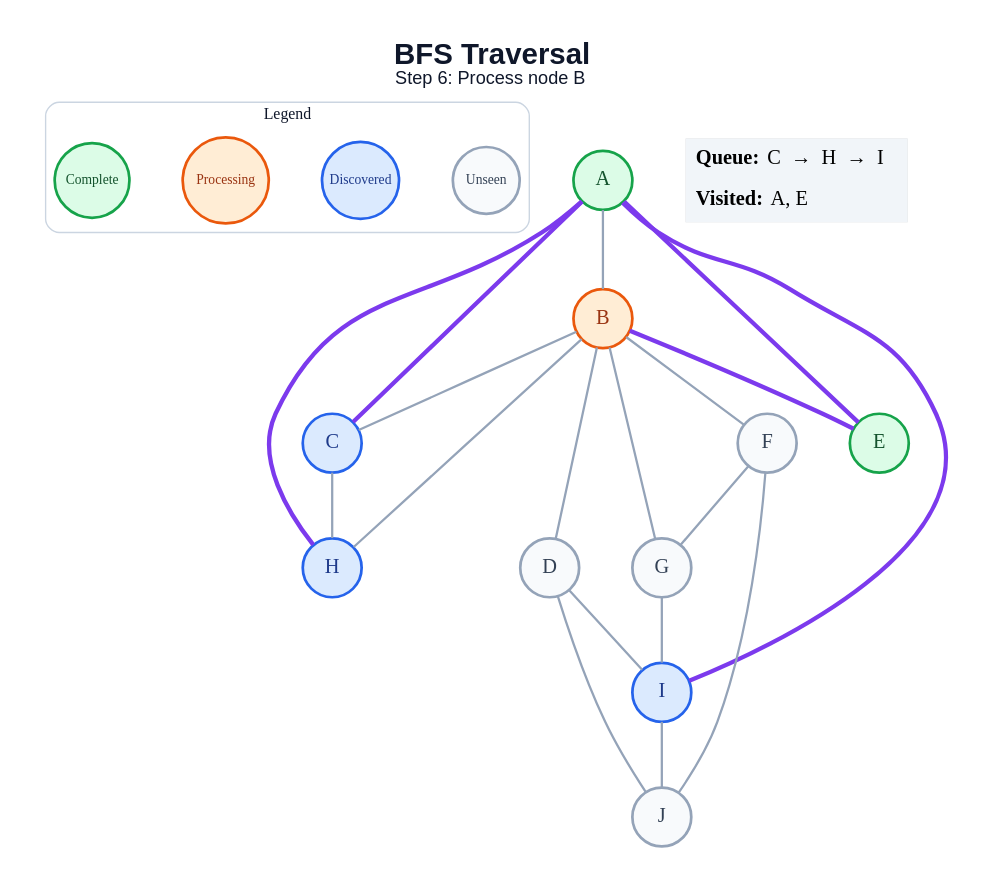
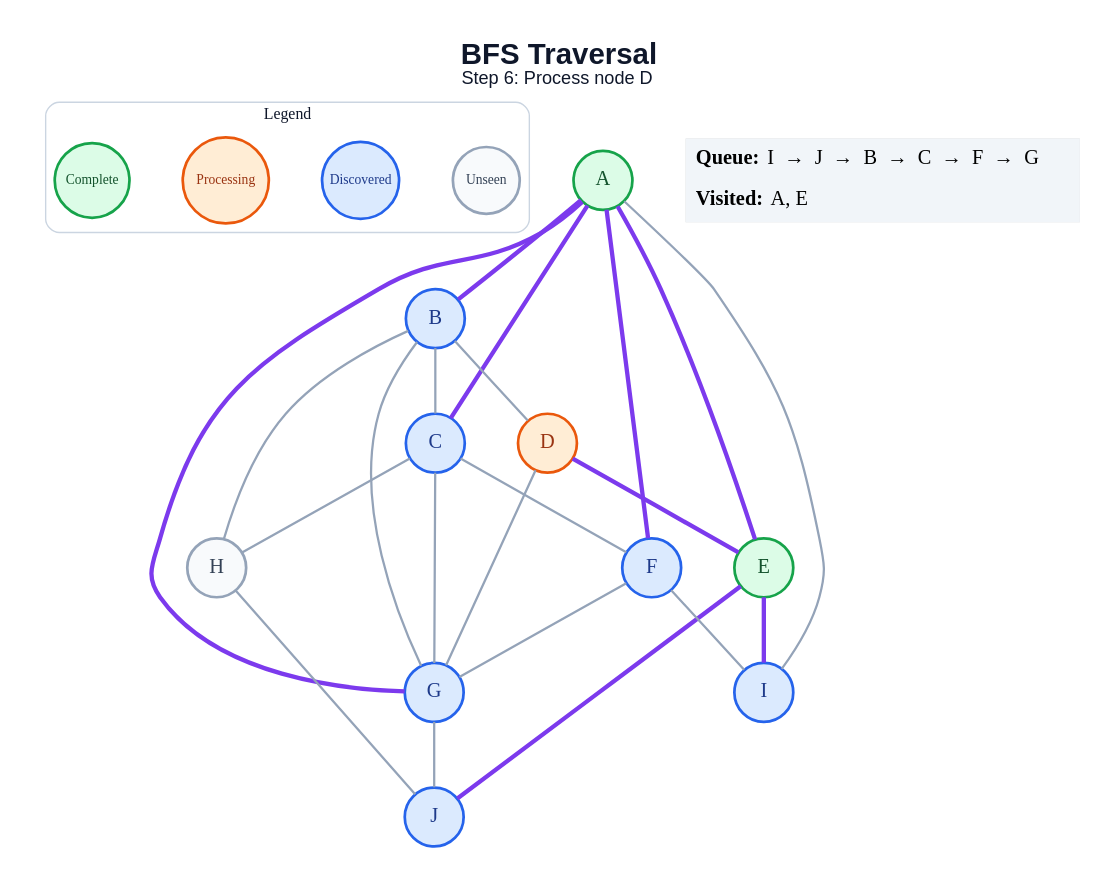
Before and after one commit to amanghodawala9/ai-slop: the diagram in generated/specific-node/bfs/step_06.dot, drawn with Graphviz. The commit also changed 178 other files, not shown here.

```diff
--- a/generated/specific-node/bfs/step_06.dot
+++ b/generated/specific-node/bfs/step_06.dot
@@ -1,47 +1,50 @@
 graph traversal {
   graph [layout=dot, rankdir=TB, bgcolor="#FFFFFF", pad="0.35", nodesep="0.65", ranksep="0.8", fontname="Arial"];
   node [shape=circle, style="filled", fontname="Arial Bold", fontsize=18, width=0.72, fixedsize=true, penwidth=2.4];
   edge [color="#94A3B8", penwidth=2.0];
-  label=<<B>BFS Traversal</B><BR/><FONT POINT-SIZE="16">Step 6: Process node B</FONT>>; labelloc="t"; fontsize=26; fontname="Arial"; fontcolor="#0F172A";
+  label=<<B>BFS Traversal</B><BR/><FONT POINT-SIZE="16">Step 6: Process node D</FONT>>; labelloc="t"; fontsize=26; fontname="Arial"; fontcolor="#0F172A";
   subgraph cluster_legend { label="Legend"; color="#CBD5E1"; penwidth=1.2; style="rounded"; fontsize=14; fontname="Arial Bold";
     key_unseen [label="Unseen", fillcolor="#F8FAFC", color="#94A3B8", fontcolor="#334155", fontsize=12, width=0.82];
     key_frontier [label="Discovered", fillcolor="#DBEAFE", color="#2563EB", fontcolor="#1E3A8A", fontsize=12, width=0.95];
     key_current [label="Processing", fillcolor="#FFEDD5", color="#EA580C", fontcolor="#9A3412", fontsize=12, width=1.05];
     key_done [label="Complete", fillcolor="#DCFCE7", color="#16A34A", fontcolor="#14532D", fontsize=12, width=0.92];
     { rank=same; key_unseen; key_frontier; key_current; key_done; }
   }
   A [fillcolor="#DCFCE7", color="#16A34A", fontcolor="#14532D"];
-  B [fillcolor="#FFEDD5", color="#EA580C", fontcolor="#9A3412"];
+  B [fillcolor="#DBEAFE", color="#2563EB", fontcolor="#1E3A8A"];
   C [fillcolor="#DBEAFE", color="#2563EB", fontcolor="#1E3A8A"];
-  D [fillcolor="#F8FAFC", color="#94A3B8", fontcolor="#334155"];
+  D [fillcolor="#FFEDD5", color="#EA580C", fontcolor="#9A3412"];
   E [fillcolor="#DCFCE7", color="#16A34A", fontcolor="#14532D"];
-  F [fillcolor="#F8FAFC", color="#94A3B8", fontcolor="#334155"];
-  G [fillcolor="#F8FAFC", color="#94A3B8", fontcolor="#334155"];
-  H [fillcolor="#DBEAFE", color="#2563EB", fontcolor="#1E3A8A"];
+  F [fillcolor="#DBEAFE", color="#2563EB", fontcolor="#1E3A8A"];
+  G [fillcolor="#DBEAFE", color="#2563EB", fontcolor="#1E3A8A"];
+  H [fillcolor="#F8FAFC", color="#94A3B8", fontcolor="#334155"];
   I [fillcolor="#DBEAFE", color="#2563EB", fontcolor="#1E3A8A"];
-  J [fillcolor="#F8FAFC", color="#94A3B8", fontcolor="#334155"];
-  A -- B;
+  J [fillcolor="#DBEAFE", color="#2563EB", fontcolor="#1E3A8A"];
+  A -- B [color="#7C3AED", penwidth=3.8];
   A -- C [color="#7C3AED", penwidth=3.8];
   A -- E [color="#7C3AED", penwidth=3.8];
-  A -- H [color="#7C3AED", penwidth=3.8];
-  A -- I [color="#7C3AED", penwidth=3.8];
+  A -- F [color="#7C3AED", penwidth=3.8];
+  A -- G [color="#7C3AED", penwidth=3.8];
+  A -- I;
   B -- C;
   B -- D;
-  B -- E [color="#7C3AED", penwidth=3.8];
-  B -- F;
   B -- G;
   B -- H;
+  C -- F;
+  C -- G;
   C -- H;
-  D -- I;
-  D -- J;
+  D -- E [color="#7C3AED", penwidth=3.8];
+  D -- G;
+  E -- I [color="#7C3AED", penwidth=3.8];
+  E -- J [color="#7C3AED", penwidth=3.8];
   F -- G;
-  F -- J;
-  G -- I;
-  I -- J;
+  F -- I;
+  G -- J;
+  H -- J;
   status [shape=plain, fixedsize=false, width=0, height=0, margin=0, label=<
     <TABLE BORDER="0" CELLBORDER="0" CELLPADDING="7" BGCOLOR="#F1F5F9">
-      <TR><TD ALIGN="LEFT"><B>Queue:</B> C  →  H  →  I</TD></TR>
+      <TR><TD ALIGN="LEFT"><B>Queue:</B> I  →  J  →  B  →  C  →  F  →  G</TD></TR>
       <TR><TD ALIGN="LEFT"><B>Visited:</B> A, E</TD></TR>
     </TABLE>
   >];
 }
```
